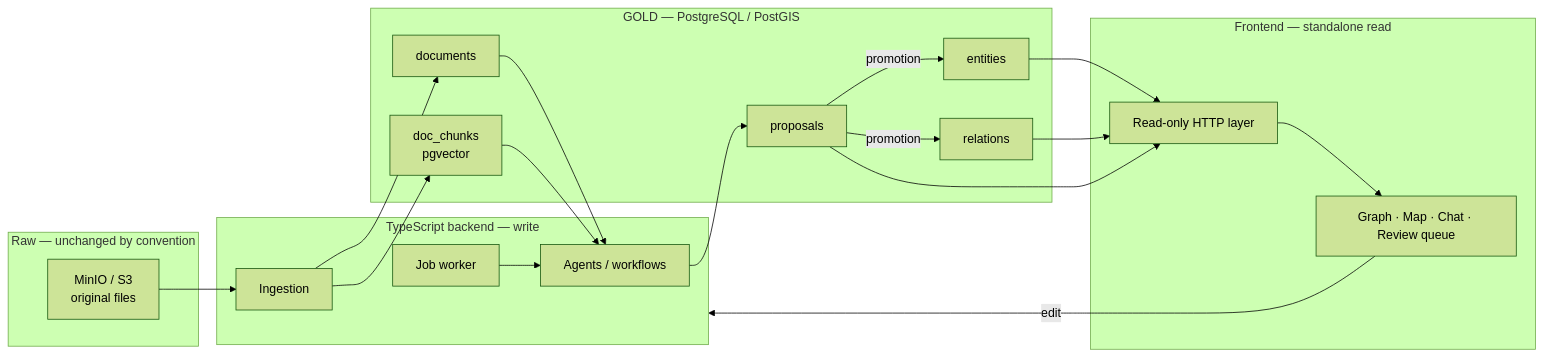
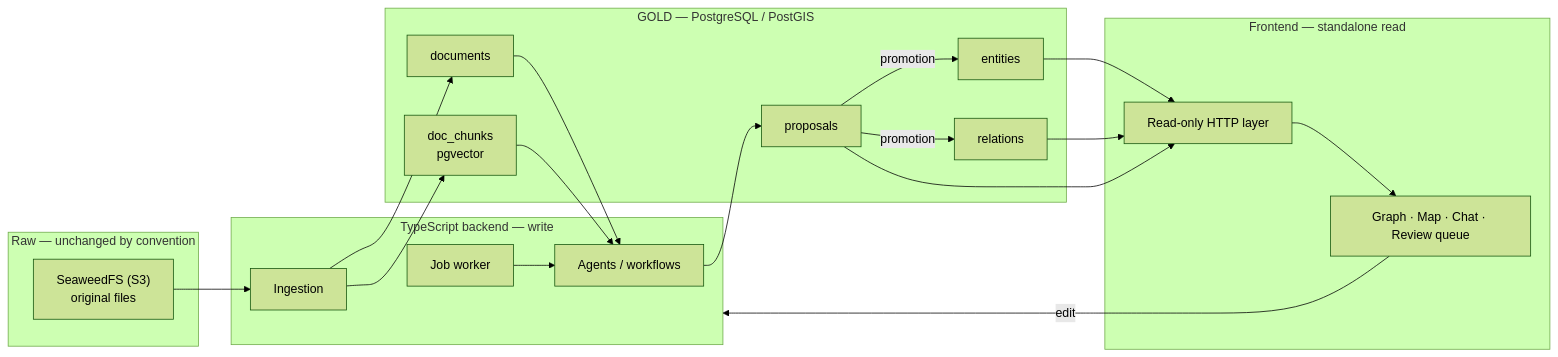
Before and after one commit to gabriel-neutron/GAB: the diagram in docs/spec.md, drawn with Mermaid (forest theme). The commit also changed other lines of this file and 5 other files, not shown here.

First line of the commit message:
docs(adr): the object store is SeaweedFS and no document names MinIO

````diff
--- a/docs/spec.md
+++ b/docs/spec.md
@@ -22,40 +22,40 @@
 ```mermaid
 flowchart LR
     subgraph RAW["Raw — unchanged by convention"]
-        S3["MinIO / S3<br/>original files"]
+        S3["SeaweedFS (S3)<br/>original files"]
     end
 
     subgraph GOLD["GOLD — PostgreSQL / PostGIS"]
         DOC["documents"]
         ENT["entities"]
         REL["relations"]
         PRO["proposals"]
         VEC["doc_chunks<br/>pgvector"]
     end
 
     subgraph BACK["TypeScript backend — write"]
         ING["Ingestion"]
         AGT["Agents / workflows"]
         JOB["Job worker"]
     end
 
     subgraph FRONT["Frontend — standalone read"]
         RO["Read-only HTTP layer"]
         UI["Graph · Map · Chat · Review queue"]
     end
 
     S3 --> ING
     ING --> DOC
     ING --> VEC
     DOC --> AGT
     VEC --> AGT
     AGT --> PRO
     PRO -->|promotion| ENT
     PRO -->|promotion| REL
     JOB --> AGT
     ENT --> RO
     REL --> RO
     PRO --> RO
     RO --> UI
     UI -->|edit| BACK
 ```
````
